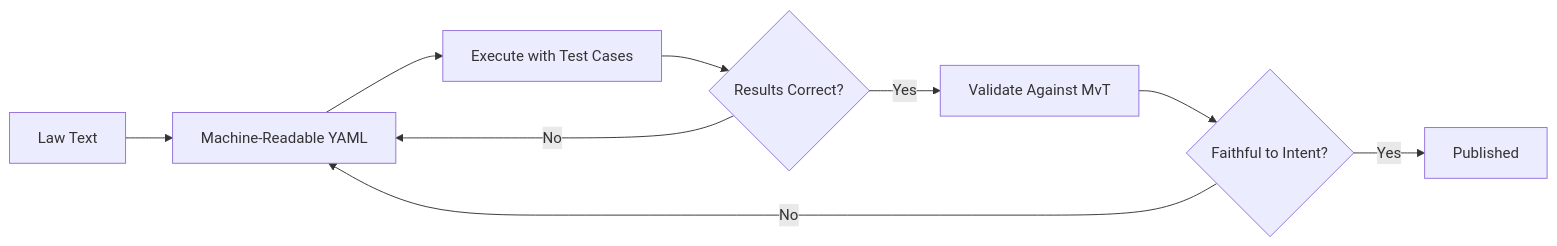
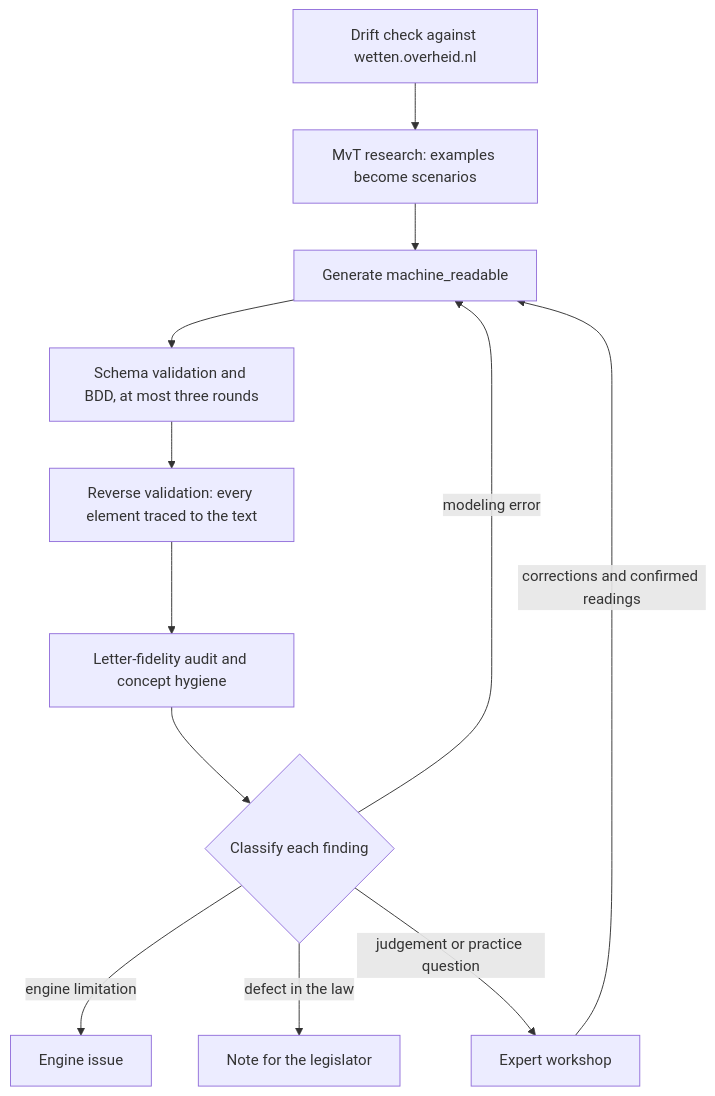
Before and after one commit to MinBZK/regelrecht: the diagram in docs/src/content/docs/concepts/methodology.md, drawn with Mermaid. The commit also changed other lines of this file and 53 other files, not shown here.

````diff
--- a/docs/src/content/docs/concepts/methodology.md
+++ b/docs/src/content/docs/concepts/methodology.md
@@ -12,11 +10,14 @@
 ```mermaid
-flowchart LR
-    A[Law Text] --> B[Machine-Readable YAML]
-    B --> C[Execute with Test Cases]
-    C --> D{Results Correct?}
-    D -->|No| B
-    D -->|Yes| E[Validate Against MvT]
-    E --> F{Faithful to Intent?}
-    F -->|No| B
-    F -->|Yes| G[Published]
+flowchart TD
+    D0[Drift check against wetten.overheid.nl] --> M[MvT research: examples become scenarios]
+    M --> G[Generate machine_readable]
+    G --> T[Schema validation and BDD, at most three rounds]
+    T --> R[Reverse validation: every element traced to the text]
+    R --> F[Letter-fidelity audit and concept hygiene]
+    F --> C{Classify each finding}
+    C -->|modeling error| G
+    C -->|engine limitation| E[Engine issue]
+    C -->|defect in the law| N[Note for the legislator]
+    C -->|judgement or practice question| W[Expert workshop]
+    W -->|corrections and confirmed readings| G
 ```
````
